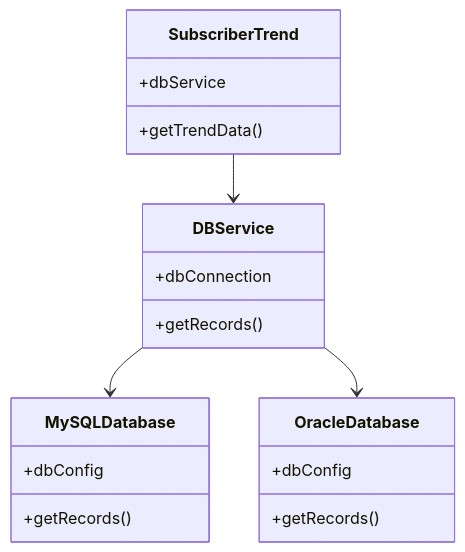
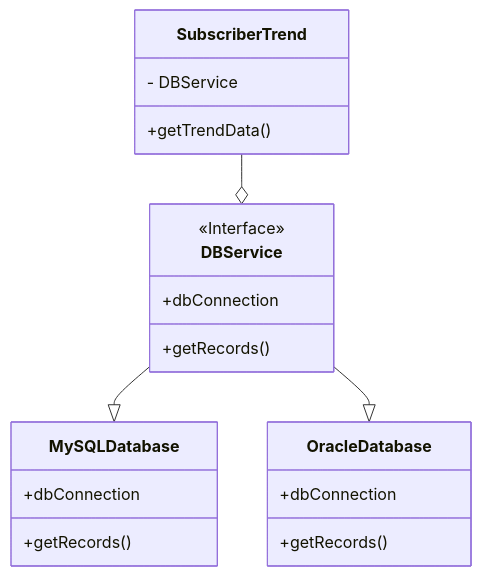
The eighth of 8 diagrams in docs/designs/lld/solid.mdx (maindolaamit/interview-notes), drawn with Mermaid before and after one commit. The commit also changed other lines of this file and 8 other files, not shown here.

````diff
--- a/docs/designs/lld/solid.mdx
+++ b/docs/designs/lld/solid.mdx
@@ -160,14 +355,26 @@
 ```mermaid
 classDiagram
-    SubscriberTrend --> DBService
-    DBService --> MySQLDatabase
-    DBService --> OracleDatabase
-    SubscriberTrend : +dbService
-    SubscriberTrend : +getTrendData()
-    DBService : +dbConnection
-    DBService : +getRecords()
-    MySQLDatabase : +dbConfig
-    MySQLDatabase : +getRecords()
-    OracleDatabase : +dbConfig
-    OracleDatabase : +getRecords()
+    class SubscriberTrend{
+        - DBService
+        +getTrendData()
+    }
+
+    class DBService{
+        <<Interface>>
+        +dbConnection
+        +getRecords()
+    }
+
+    class MySQLDatabase{
+        +dbConnection
+        +getRecords()
+    }
+
+    class OracleDatabase{
+        +dbConnection
+        +getRecords()
+    }
+    SubscriberTrend --o DBService
+    DBService --|> MySQLDatabase
+    DBService --|> OracleDatabase
 ```
````
